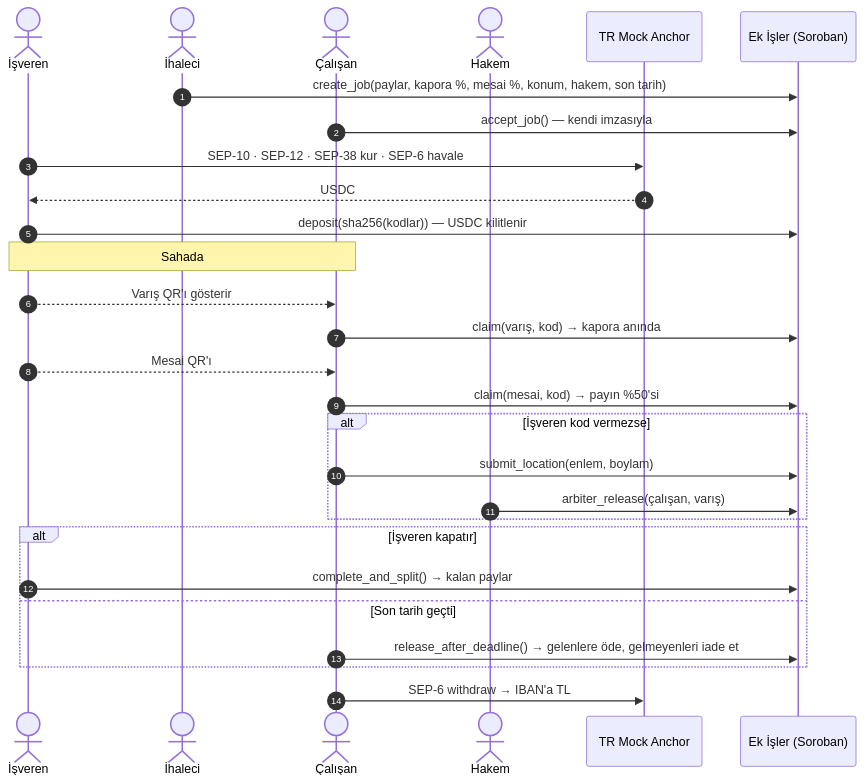
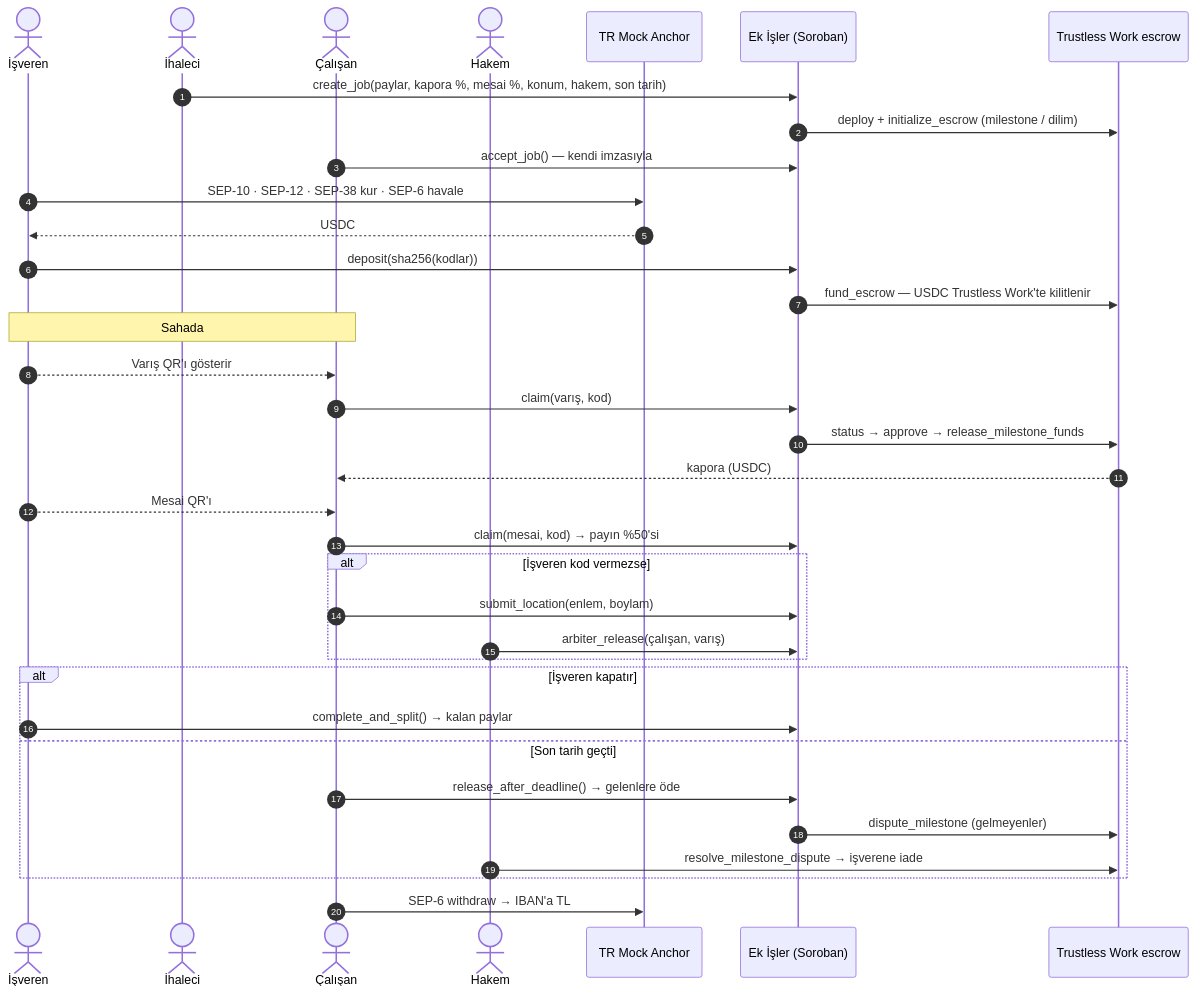
Before and after one commit to altunbaymirac/Ek-isler-stellar-hackathon: the first of 2 diagrams in README.md, drawn with Mermaid. The commit also changed other lines of this file and 11 other files, not shown here.

Commit message:
Trustless Work entegrasyonu: her iş bir TW multi-release escrow'u, dilim başına milestone, dispute ile hakem iadesi

````diff
--- a/README.md
+++ b/README.md
@@ -50,34 +69,41 @@
 ```mermaid
 sequenceDiagram
     autonumber
     actor C as İşveren
     actor K as İhaleci
     actor W as Çalışan
     actor H as Hakem
     participant A as TR Mock Anchor
     participant SC as Ek İşler (Soroban)
+    participant TW as Trustless Work escrow
 
     K->>SC: create_job(paylar, kapora %, mesai %, konum, hakem, son tarih)
+    SC->>TW: deploy + initialize_escrow (milestone / dilim)
     W->>SC: accept_job() — kendi imzasıyla
     C->>A: SEP-10 · SEP-12 · SEP-38 kur · SEP-6 havale
     A-->>C: USDC
-    C->>SC: deposit(sha256(kodlar)) — USDC kilitlenir
+    C->>SC: deposit(sha256(kodlar))
+    SC->>TW: fund_escrow — USDC Trustless Work'te kilitlenir
 
     Note over C,W: Sahada
     C-->>W: Varış QR'ı gösterir
-    W->>SC: claim(varış, kod) → kapora anında
+    W->>SC: claim(varış, kod)
+    SC->>TW: status → approve → release_milestone_funds
+    TW-->>W: kapora (USDC)
     C-->>W: Mesai QR'ı
     W->>SC: claim(mesai, kod) → payın %50'si
 
     alt İşveren kod vermezse
         W->>SC: submit_location(enlem, boylam)
         H->>SC: arbiter_release(çalışan, varış)
     end
 
     alt İşveren kapatır
         C->>SC: complete_and_split() → kalan paylar
     else Son tarih geçti
-        W->>SC: release_after_deadline() → gelenlere öde, gelmeyenleri iade et
+        W->>SC: release_after_deadline() → gelenlere öde
+        SC->>TW: dispute_milestone (gelmeyenler)
+        H->>TW: resolve_milestone_dispute → işverene iade
     end
     W->>A: SEP-6 withdraw → IBAN'a TL
 ```
````
